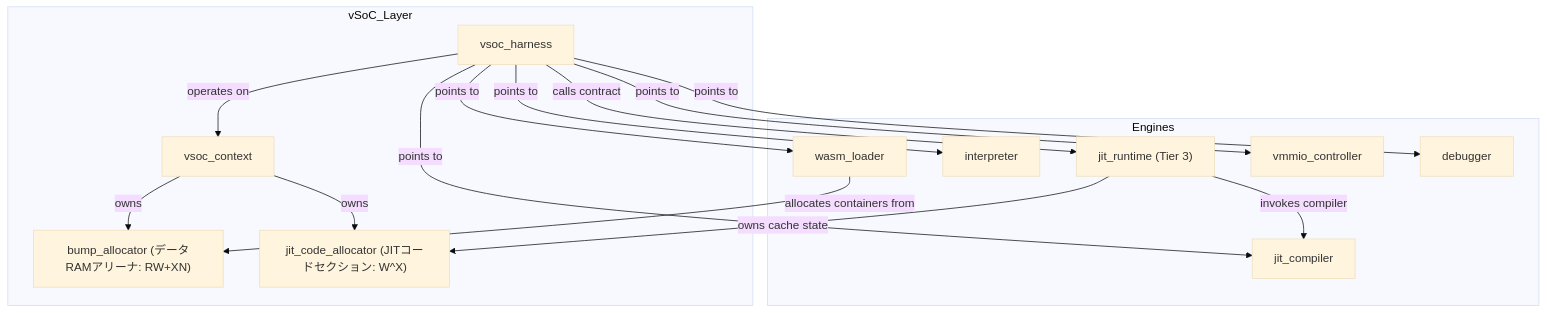
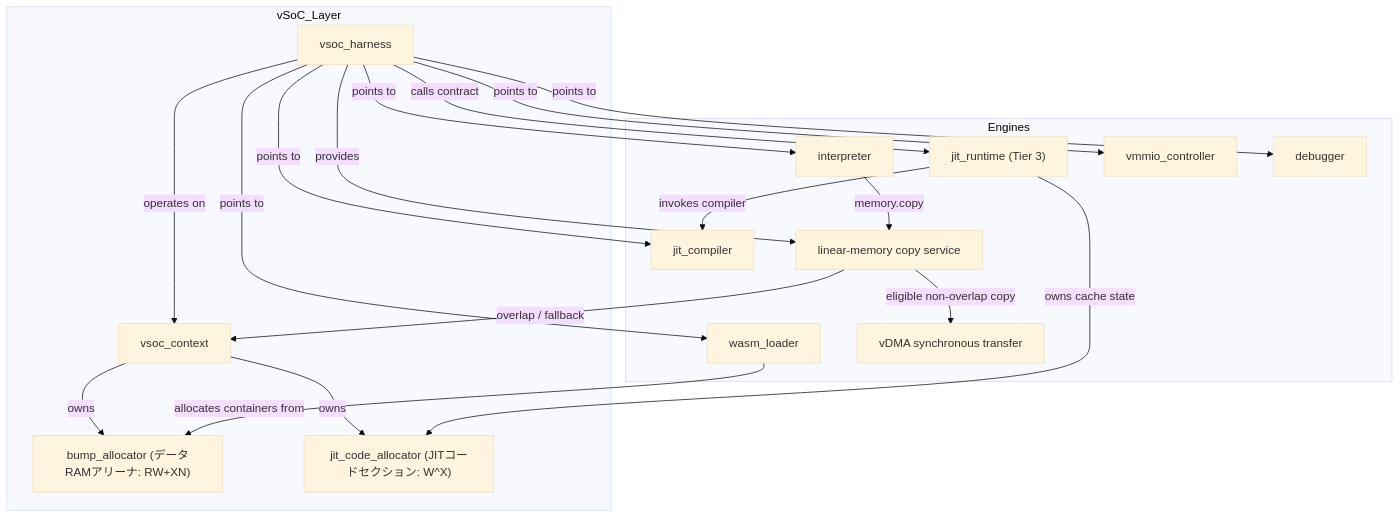
The first of 7 diagrams in docs/components/tier2_runtime/runtime_vsoc.md (kmt-t/fireball), drawn with Mermaid (base theme) before and after one commit. The commit also changed other lines of this file and 36 other files, not shown here.

Commit message:
feat: add WASM bulk memory and loader arena

````diff
--- a/docs/components/tier2_runtime/runtime_vsoc.md
+++ b/docs/components/tier2_runtime/runtime_vsoc.md
@@ -33,31 +35,37 @@
 ```mermaid
 graph TD
     subgraph vSoC_Layer
         Harness["vsoc_harness"]
         Context["vsoc_context"]
         Alloc["bump_allocator (データRAMアリーナ: RW+XN)"]
         JitAlloc["jit_code_allocator (JITコードセクション: W^X)"]
     end
 
     subgraph Engines
         Loader["wasm_loader"]
         Interp["interpreter"]
         JIT["jit_compiler"]
         JITRuntime["jit_runtime (Tier 3)"]
+        BulkCopy["linear-memory copy service"]
+        VDMA["vDMA synchronous transfer"]
         vMMIO["vmmio_controller"]
         Debug["debugger"]
     end
 
     Harness -- points to --> Loader
     Harness -- points to --> Interp
     Harness -- points to --> JIT
     Harness -- calls contract --> JITRuntime
     Harness -- points to --> vMMIO
     Harness -- points to --> Debug
     Harness -- operates on --> Context
+    Harness -- provides --> BulkCopy
+    Interp -- memory.copy --> BulkCopy
+    BulkCopy -- eligible non-overlap copy --> VDMA
+    BulkCopy -- overlap / fallback --> Context
     Context -- owns --> Alloc
     Context -- owns --> JitAlloc
     Loader -- allocates containers from --> Alloc
     JITRuntime -- owns cache state --> JitAlloc
     JITRuntime -- invokes compiler --> JIT
 ```
````
